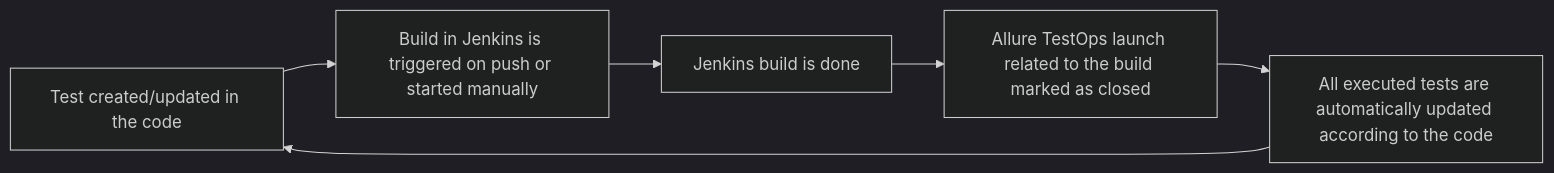
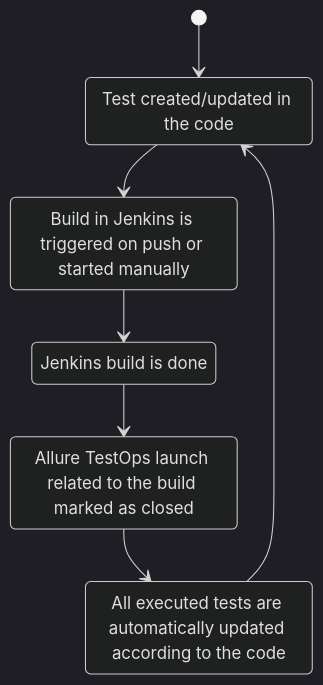
The second of 2 diagrams in README.md (vonoelv/bookmate-test-project), drawn with Mermaid (dark theme) before and after one commit.

````diff
--- a/README.md
+++ b/README.md
@@ -354,8 +354,14 @@
 ```mermaid
-graph LR
-A[Test created/updated in the code] --> B[Build in Jenkins is triggered on push or started manually]
-B --> C[Jenkins build is done]
-C --> D[Allure TestOps launch related to the build marked as closed]
-D --> E[All executed tests are automatically updated according to the code]
+stateDiagram-v2
+state "Test created/updated in the code" as A
+state "Build in Jenkins is triggered on push or started manually" as B
+state "Jenkins build is done" as C
+state "Allure TestOps launch related to the build marked as closed" as D
+state "All executed tests are automatically updated according to the code" as E
+[*] --> A
+A --> B
+B --> C
+C --> D
+D --> E
 E --> A
 ```
````
